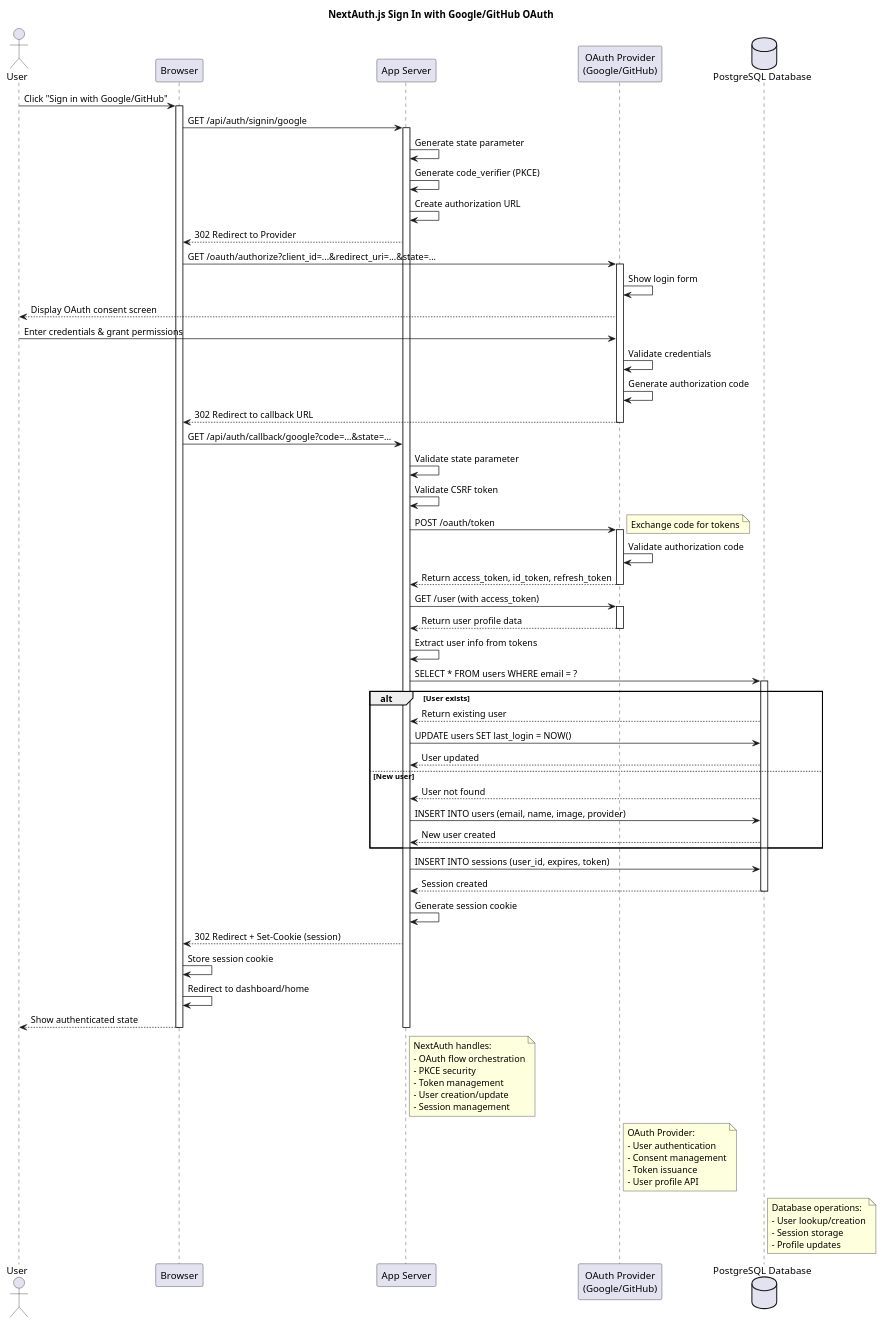
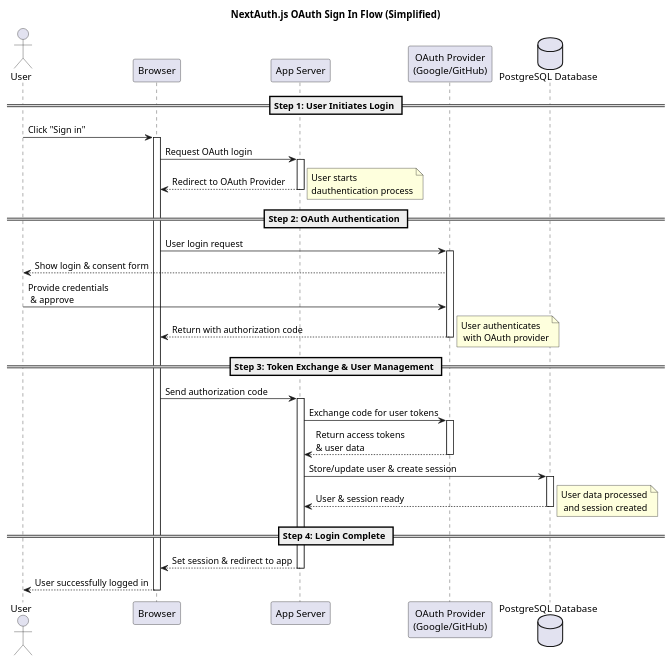
The diagram in conception/SprintII/sequence_diagrams/sequence_authentication_1_1_AuthenticateUsingGoogleAccount.puml (souhaib-askri/report_pfe), drawn with PlantUML before and after one commit. The commit also changed 22 other files, not shown here.

Commit message:
report: correct diagrams ,delete visitor

```diff
--- a/conception/SprintII/sequence_diagrams/sequence_authentication_1_1_AuthenticateUsingGoogleAccount.puml
+++ b/conception/SprintII/sequence_diagrams/sequence_authentication_1_1_AuthenticateUsingGoogleAccount.puml
@@ -1,100 +1,49 @@
 @startuml
-title NextAuth.js Sign In with Google/GitHub OAuth
+title NextAuth.js OAuth Sign In Flow (Simplified)
 
 actor User
 participant Browser
 participant "App Server" as AppServer
 participant "OAuth Provider\n(Google/GitHub)" as Provider
 database "PostgreSQL Database" as PostgresDB
 
-User -> Browser: Click "Sign in with Google/GitHub"
+== Step 1: User Initiates Login ==
+User -> Browser: Click "Sign in"
 activate Browser
+Browser -> AppServer: Request OAuth login
+activate AppServer
+AppServer --> Browser: Redirect to OAuth Provider
+deactivate AppServer
+note right: User starts \ndauthentication process
 
-Browser -> AppServer: GET /api/auth/signin/google
+== Step 2: OAuth Authentication ==
+Browser -> Provider: User login request
+activate Provider
+Provider --> User: Show login & consent form
+User -> Provider: Provide credentials\n & approve
+Provider --> Browser: Return with authorization code
+deactivate Provider
+note right: User authenticates\n with OAuth provider
+
+== Step 3: Token Exchange & User Management ==
+Browser -> AppServer: Send authorization code
 activate AppServer
-
-AppServer -> AppServer: Generate state parameter
-AppServer -> AppServer: Generate code_verifier (PKCE)
-AppServer -> AppServer: Create authorization URL
-
-AppServer --> Browser: 302 Redirect to Provider
-Browser -> Provider: GET /oauth/authorize?client_id=...&redirect_uri=...&state=...
+AppServer -> Provider: Exchange code for user tokens
 activate Provider
-
-Provider -> Provider: Show login form
-Provider --> User: Display OAuth consent screen
-User -> Provider: Enter credentials & grant permissions
-Provider -> Provider: Validate credentials
-Provider -> Provider: Generate authorization code
-
-Provider --> Browser: 302 Redirect to callback URL
-deactivate Provider
-Browser -> AppServer: GET /api/auth/callback/google?code=...&state=...
-
-AppServer -> AppServer: Validate state parameter
-AppServer -> AppServer: Validate CSRF token
-
-AppServer -> Provider: POST /oauth/token
-activate Provider
-note right: Exchange code for tokens
-Provider -> Provider: Validate authorization code
-Provider --> AppServer: Return access_token, id_token, refresh_token
+Provider --> AppServer: Return access tokens \n& user data
 deactivate Provider
 
-AppServer -> Provider: GET /user (with access_token)
-activate Provider
-Provider --> AppServer: Return user profile data
-deactivate Provider
+AppServer -> PostgresDB: Store/update user & create session
+activate PostgresDB
+PostgresDB --> AppServer: User & session ready
+deactivate PostgresDB
+note right: User data processed\n and session created
 
-AppServer -> AppServer: Extract user info from tokens
-AppServer -> PostgresDB: SELECT * FROM users WHERE email = ?
-activate PostgresDB
-
-alt User exists
-    PostgresDB --> AppServer: Return existing user
-    AppServer -> PostgresDB: UPDATE users SET last_login = NOW()
-    PostgresDB --> AppServer: User updated
-else New user
-    PostgresDB --> AppServer: User not found
-    AppServer -> PostgresDB: INSERT INTO users (email, name, image, provider)
-    PostgresDB --> AppServer: New user created
-end
-
-AppServer -> PostgresDB: INSERT INTO sessions (user_id, expires, token)
-PostgresDB --> AppServer: Session created
-deactivate PostgresDB
-
-AppServer -> AppServer: Generate session cookie
-AppServer --> Browser: 302 Redirect + Set-Cookie (session)
-Browser -> Browser: Store session cookie
-Browser -> Browser: Redirect to dashboard/home
-
-Browser --> User: Show authenticated state
+== Step 4: Login Complete ==
+AppServer --> Browser: Set session & redirect to app
 deactivate AppServer
+Browser --> User: User successfully logged in
 deactivate Browser
 
-note right of AppServer
-  NextAuth handles:
-  - OAuth flow orchestration
-  - PKCE security
-  - Token management
-  - User creation/update
-  - Session management
-end note
-
-note right of Provider
-  OAuth Provider:
-  - User authentication
-  - Consent management
-  - Token issuance
-  - User profile API
-end note
-
-note right of PostgresDB
-  Database operations:
-  - User lookup/creation
-  - Session storage
-  - Profile updates
-end note
 
 @enduml
```
